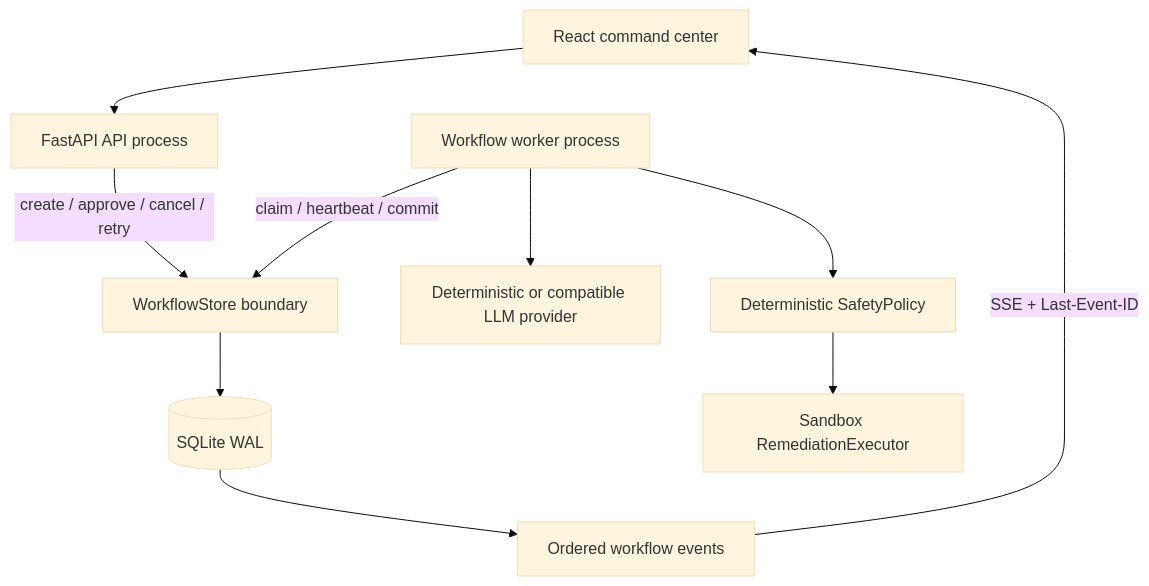
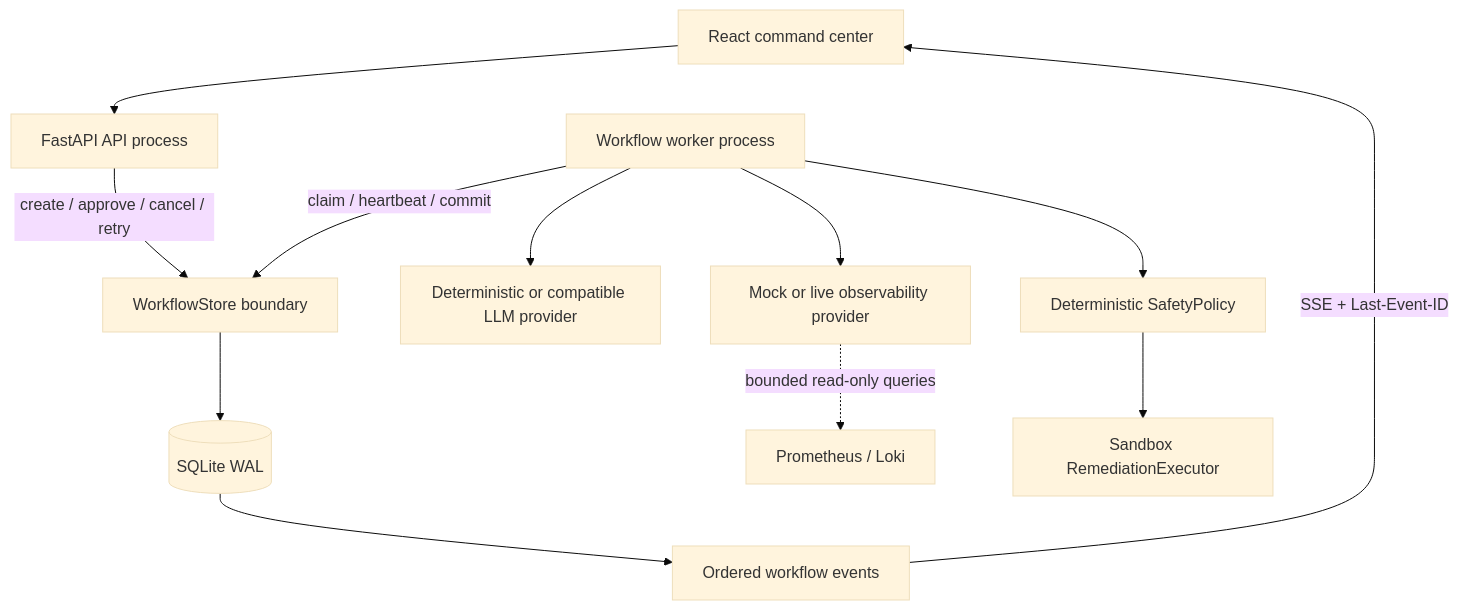
Before and after one commit to kingslayer-ops/multi-agent-incident-lab: the first of 2 diagrams in docs/architecture.md, drawn with Mermaid (base theme). The commit also changed other lines of this file and 19 other files, not shown here.

````diff
--- a/docs/architecture.md
+++ b/docs/architecture.md
@@ -5,12 +5,14 @@
 ```mermaid
 flowchart TB
     UI["React command center"] --> API["FastAPI API process"]
     API -->|"create / approve / cancel / retry"| REPO["WorkflowStore boundary"]
     WORKER["Workflow worker process"] -->|"claim / heartbeat / commit"| REPO
     REPO --> DB[("SQLite WAL")]
     DB --> EVENTS["Ordered workflow events"]
     EVENTS -->|"SSE + Last-Event-ID"| UI
     WORKER --> PROVIDER["Deterministic or compatible LLM provider"]
+    WORKER --> OBS["Mock or live observability provider"]
+    OBS -. "bounded read-only queries" .-> PROM["Prometheus / Loki"]
     WORKER --> POLICY["Deterministic SafetyPolicy"]
     POLICY --> EXEC["Sandbox RemediationExecutor"]
 ```
````
